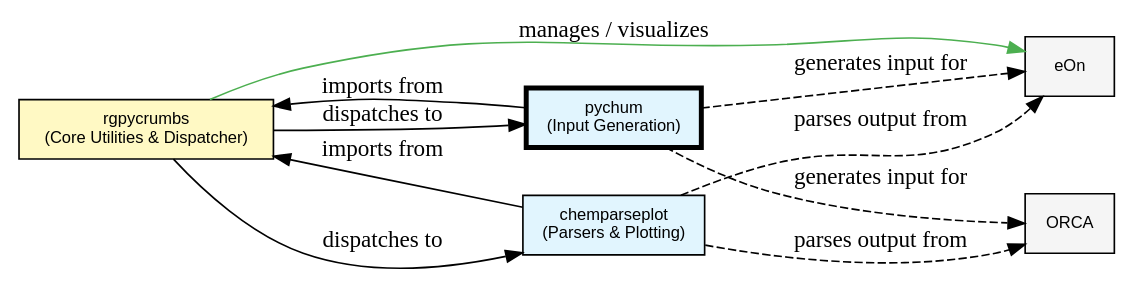
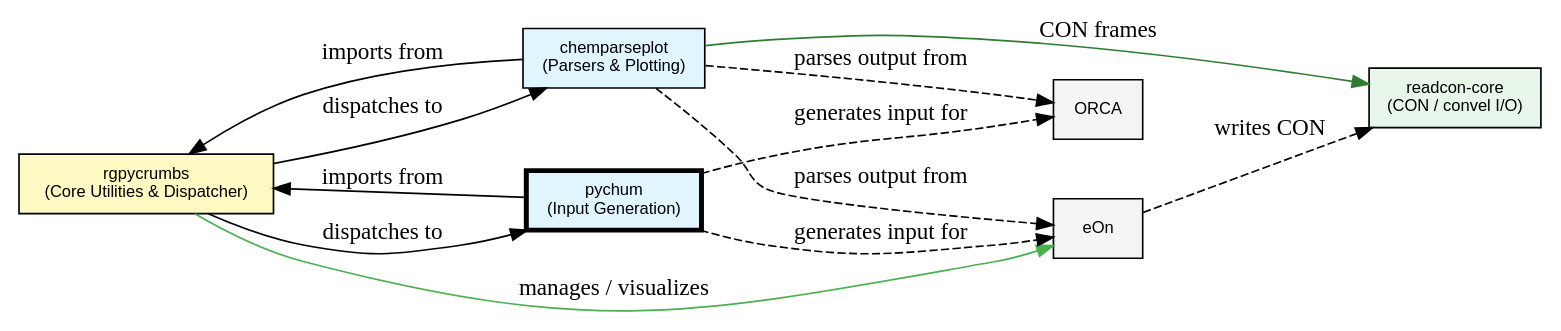
One commit to HaoZeke/pychum changed the diagram in docs/orgmode/index.org. Above: the diagram before and after it, drawn with Graphviz. The commit also changed 3 other files, not shown here.

First line of the commit message:
docs: link readcon-core in ecosystem overview and nav

```diff
--- a/docs/orgmode/index.org
+++ b/docs/orgmode/index.org
@@ -8,30 +8,33 @@
 #+begin_src dot :file ecosystem.svg :exports results
 digraph G {
     rankdir=LR;
     node [shape=box, style=filled, fontname="Helvetica", fontsize=10];
     compound=true;
 
     // Nodes
     rgpycrumbs [label="rgpycrumbs\n(Core Utilities & Dispatcher)", fillcolor="#fff9c4"];
     pychum [label="pychum\n(Input Generation)", fillcolor="#e1f5fe", penwidth=3];
     chemparseplot [label="chemparseplot\n(Parsers & Plotting)", fillcolor="#e1f5fe"];
+    readcon [label="readcon-core\n(CON / convel I/O)", fillcolor="#e8f5e9", URL="https://github.com/lode-org/readcon-core"];
 
     eon [label="eOn", fillcolor="#f5f5f5"];
     orca [label="ORCA", fillcolor="#f5f5f5"];
 
     // Dependencies and Usage
     rgpycrumbs -> pychum [label="dispatches to"];
     rgpycrumbs -> chemparseplot [label="dispatches to"];
 
     chemparseplot -> rgpycrumbs [label="imports from"];
     pychum -> rgpycrumbs [label="imports from"];
+    chemparseplot -> readcon [label="CON frames", color="#2e7d32"];
 
     pychum -> eon [label="generates input for", style=dashed];
     pychum -> orca [label="generates input for", style=dashed];
 
     chemparseplot -> eon [label="parses output from", style=dashed];
     chemparseplot -> orca [label="parses output from", style=dashed];
+    eon -> readcon [label="writes CON", style=dashed];
 
     rgpycrumbs -> eon [label="manages / visualizes", color="#4caf50"];
 }
 #+end_src
```
